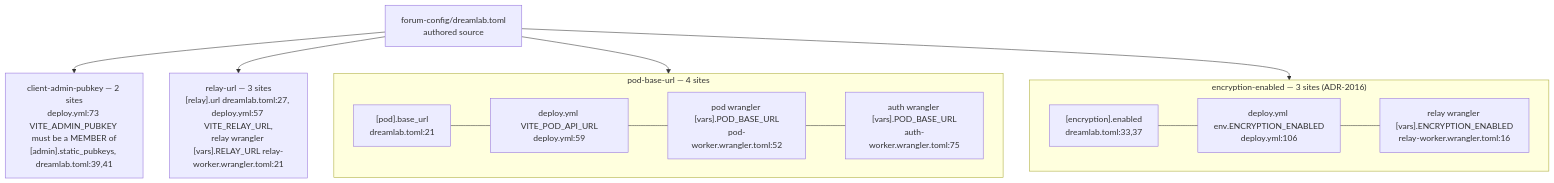
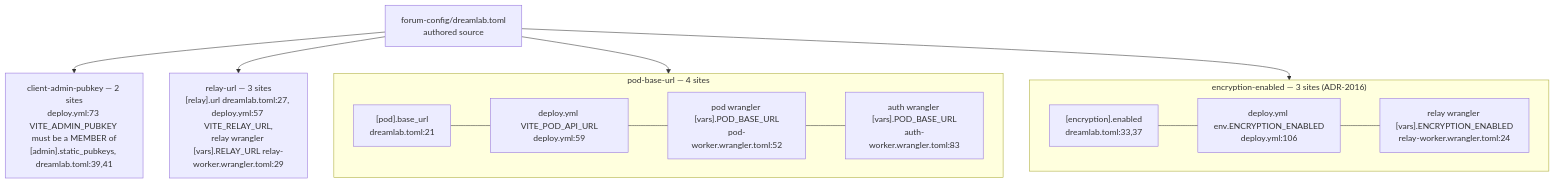
The fifth of 10 diagrams in docs/diagrams/dreamlab-ai-website/03-forum-config-overlay-zones-admin-kv-sync.md (DreamLab-AI/VisionFlow), drawn with Mermaid before and after one commit. The commit also changed other lines of this file and 145 other files, not shown here.

````diff
--- a/docs/diagrams/dreamlab-ai-website/03-forum-config-overlay-zones-admin-kv-sync.md
+++ b/docs/diagrams/dreamlab-ai-website/03-forum-config-overlay-zones-admin-kv-sync.md
@@ -125,15 +126,15 @@
 ```mermaid
 flowchart TB
     T["forum-config/dreamlab.toml<br/>authored source"] --> M4
     subgraph M4["pod-base-url — 4 sites"]
         direction LR
-        P1["[pod].base_url<br/>dreamlab.toml:21"] --- P2["deploy.yml VITE_POD_API_URL<br/>deploy.yml:59"] --- P3["pod wrangler [vars].POD_BASE_URL<br/>pod-worker.wrangler.toml:52"] --- P4["auth wrangler [vars].POD_BASE_URL<br/>auth-worker.wrangler.toml:75"]
+        P1["[pod].base_url<br/>dreamlab.toml:21"] --- P2["deploy.yml VITE_POD_API_URL<br/>deploy.yml:59"] --- P3["pod wrangler [vars].POD_BASE_URL<br/>pod-worker.wrangler.toml:52"] --- P4["auth wrangler [vars].POD_BASE_URL<br/>auth-worker.wrangler.toml:83"]
     end
     T --> M5["client-admin-pubkey — 2 sites<br/>deploy.yml:73 VITE_ADMIN_PUBKEY must be a MEMBER of<br/>[admin].static_pubkeys, dreamlab.toml:39,41"]
-    T --> M6["relay-url — 3 sites<br/>[relay].url dreamlab.toml:27, deploy.yml:57 VITE_RELAY_URL,<br/>relay wrangler [vars].RELAY_URL relay-worker.wrangler.toml:21"]
+    T --> M6["relay-url — 3 sites<br/>[relay].url dreamlab.toml:27, deploy.yml:57 VITE_RELAY_URL,<br/>relay wrangler [vars].RELAY_URL relay-worker.wrangler.toml:29"]
     T --> M7
     subgraph M7["encryption-enabled — 3 sites (ADR-2016)"]
         direction LR
-        E1["[encryption].enabled<br/>dreamlab.toml:33,37"] --- E2["deploy.yml env.ENCRYPTION_ENABLED<br/>deploy.yml:106"] --- E3["relay wrangler [vars].ENCRYPTION_ENABLED<br/>relay-worker.wrangler.toml:16"]
+        E1["[encryption].enabled<br/>dreamlab.toml:33,37"] --- E2["deploy.yml env.ENCRYPTION_ENABLED<br/>deploy.yml:106"] --- E3["relay wrangler [vars].ENCRYPTION_ENABLED<br/>relay-worker.wrangler.toml:24"]
     end
 ```
````
